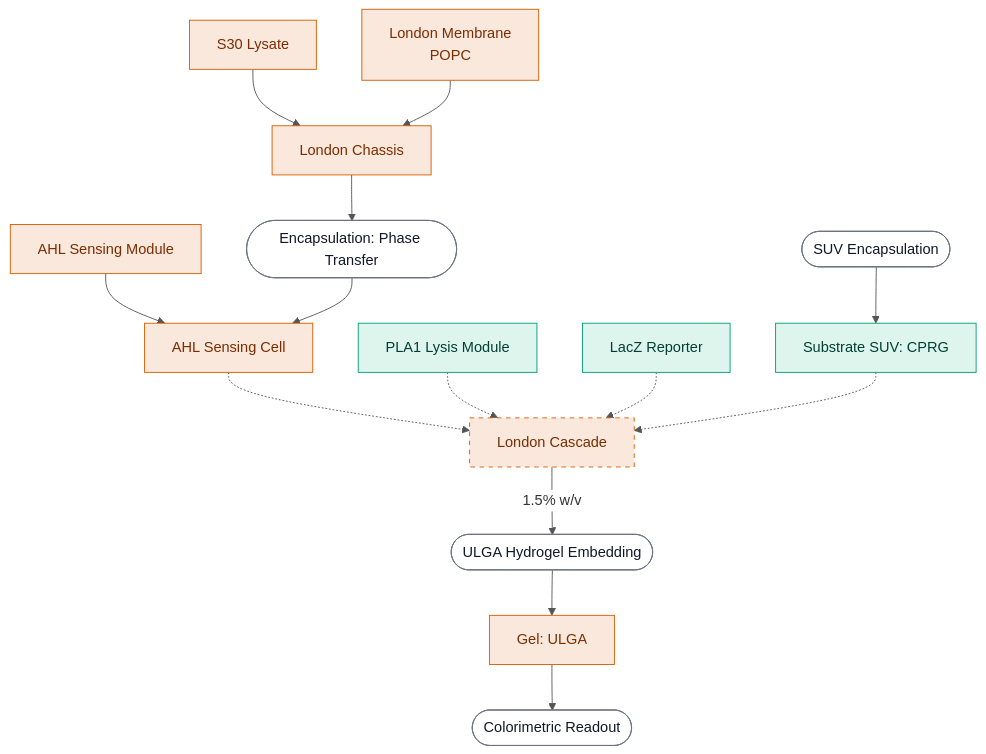
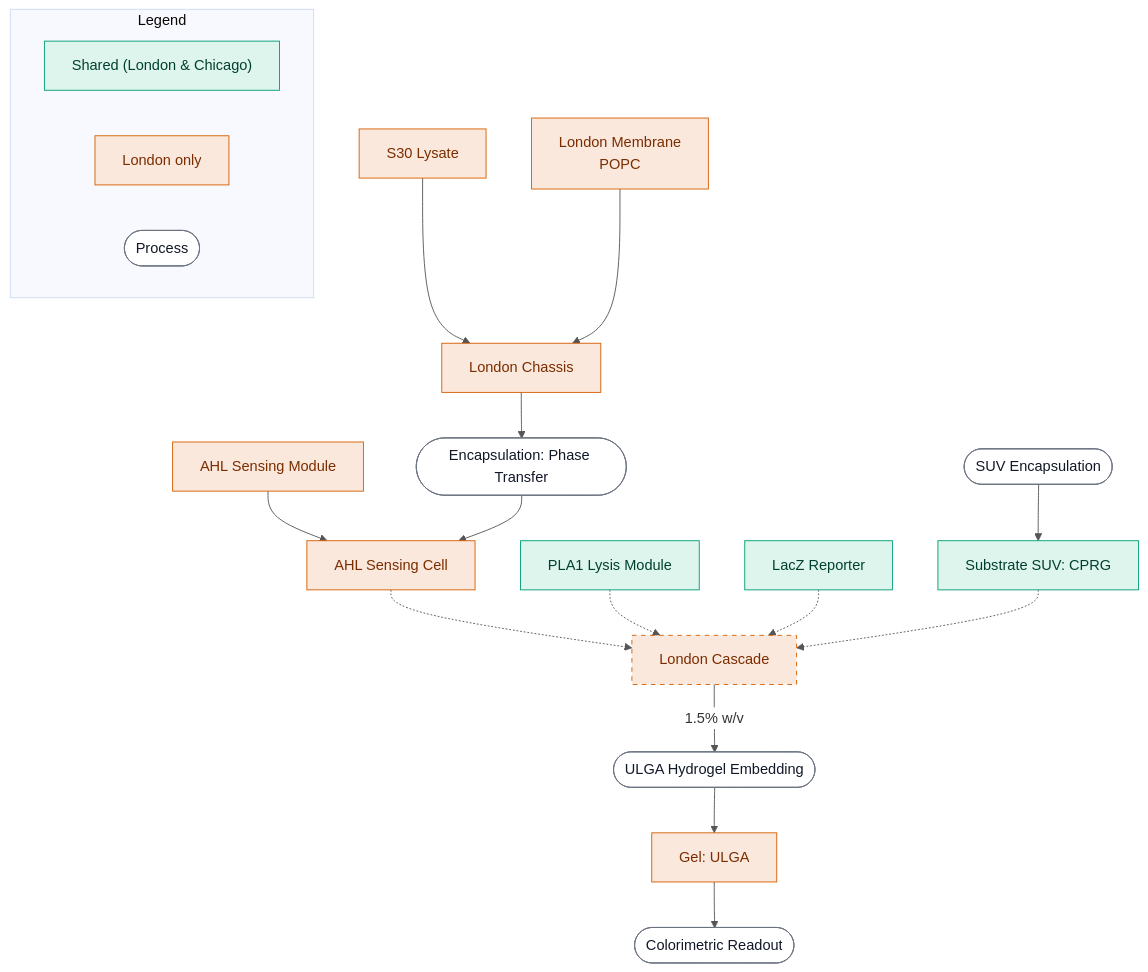
The diagram in devnotes/devstudio/assets/london-module-dependencies.md (nucleus-eng/nucleus-devnote-archive-1), drawn with Mermaid before and after one commit. The commit also changed other lines of this file and 3 other files, not shown here.

````diff
--- a/devnotes/devstudio/assets/london-module-dependencies.md
+++ b/devnotes/devstudio/assets/london-module-dependencies.md
@@ -3,40 +3,49 @@
 ```mermaid
 %%{init: {'theme': 'base', 'themeVariables': {'lineColor': '#555555', 'edgeLabelBackground': '#ffffff'}}}%%
 flowchart TD
     S30["S30 Lysate"]
     MP["London Membrane<br/>POPC"]
     P_GUV(["Encapsulation: Phase Transfer"])
     P_SUV(["SUV Encapsulation"])
     P_ULGA(["ULGA Hydrogel Embedding"])
     P_READ(["Colorimetric Readout"])
     LON["London Chassis"]
     AHL["AHL Sensing Module"]
     AHLV["AHL Sensing Cell"]
     PLA1["PLA1 Lysis Module"]
     LACZ["LacZ Reporter"]
     SUV["Substrate SUV: CPRG"]
     LONCAS["London Cascade"]
     G_ULGA["Gel: ULGA"]
 
     S30 --> LON
     MP --> LON
     LON --> P_GUV
     AHL --> AHLV
     P_GUV --> AHLV
     P_SUV --> SUV
     AHLV -.-> LONCAS
     PLA1 -.-> LONCAS
     LACZ -.-> LONCAS
     SUV -.-> LONCAS
     LONCAS -->|"1.5% w/v"| P_ULGA
     P_ULGA --> G_ULGA
     G_ULGA --> P_READ
 
+    subgraph LEGEND["Legend"]
+        LEG_S["Shared (London & Chicago)"]
+        LEG_L["London only"]
+        LEG_P(["Process"])
+    end
+
     classDef london fill:#fbe8dc,stroke:#D55E00,color:#7a2d00;
     classDef shared fill:#def5ee,stroke:#009E73,color:#00402e;
     classDef process fill:#ffffff,stroke:#6b7280,color:#111827;
     class PLA1,LACZ,SUV shared;
     class S30,MP,LON,AHL,AHLV,LONCAS,G_ULGA london;
     class P_GUV,P_SUV,P_ULGA,P_READ process;
+    class LEG_S shared;
+    class LEG_L london;
+    class LEG_P process;
     style LONCAS stroke-dasharray: 5 5
 ```
````
